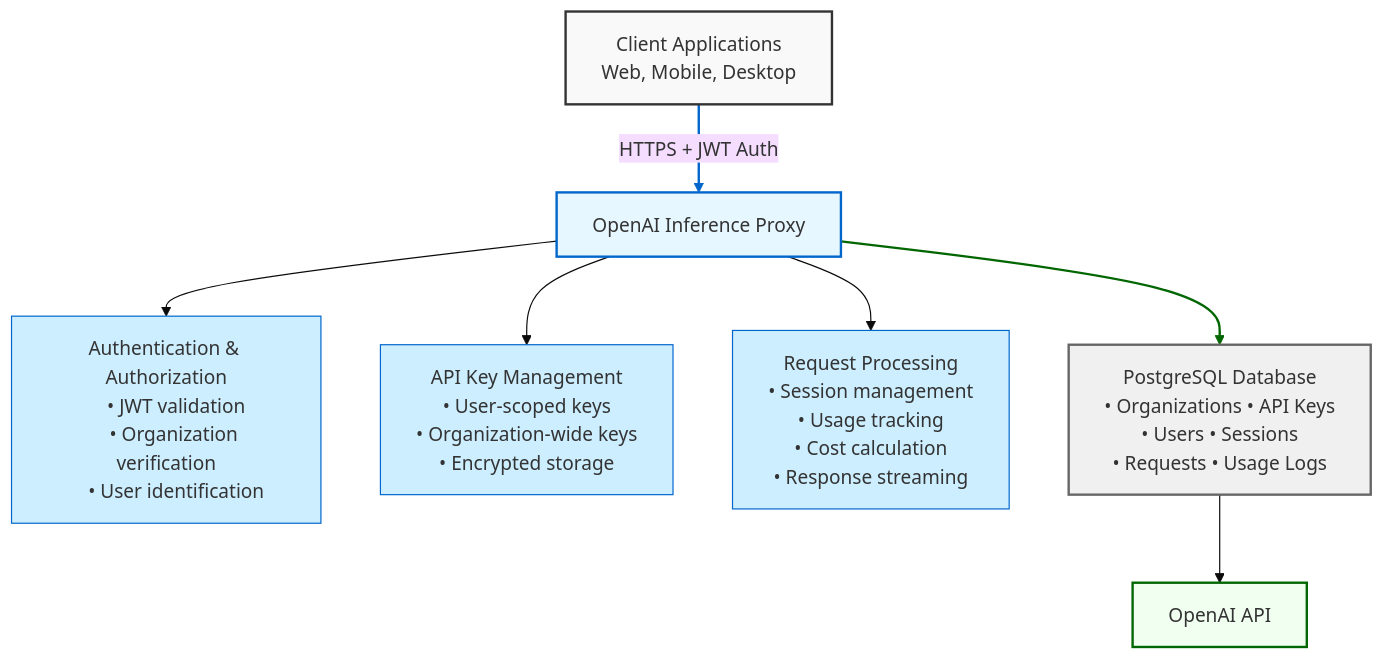
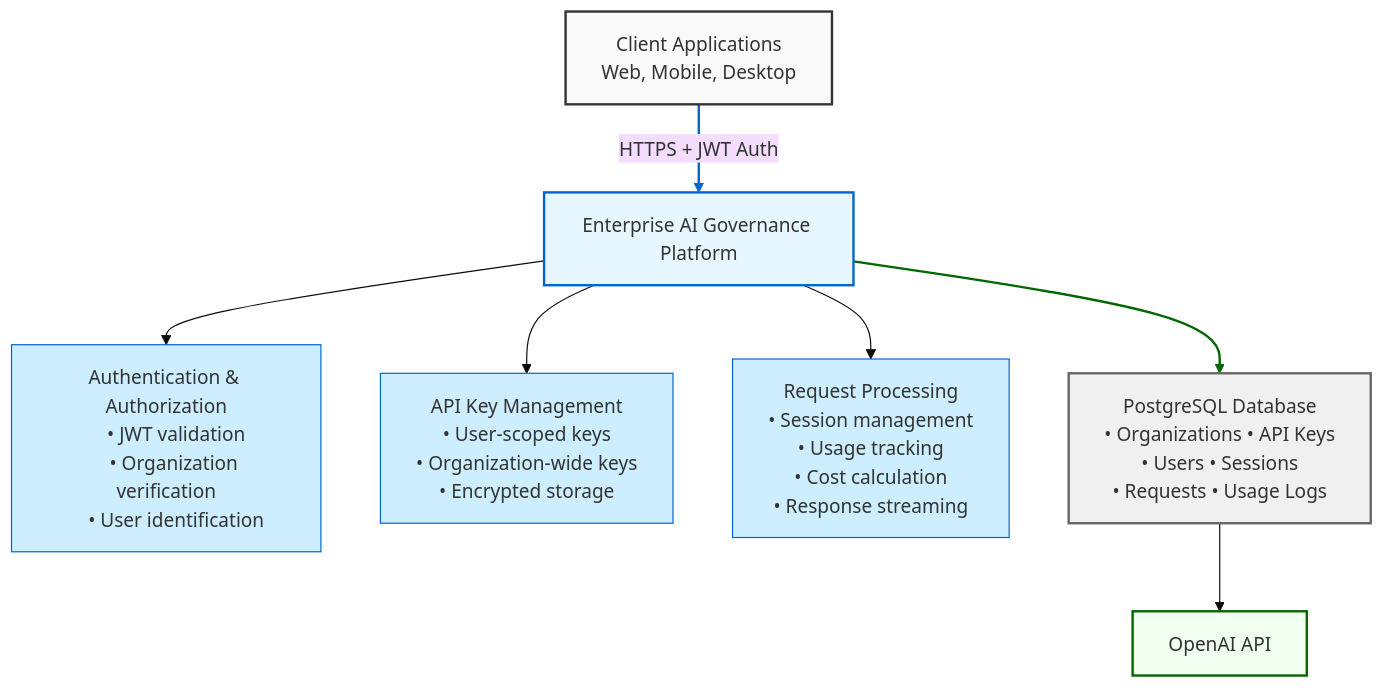
Before and after one commit to amotivv-inc/memory-box-inference: the first of 2 diagrams in README.md, drawn with Mermaid (base theme). The commit also changed other lines of this file and 2 other files, not shown here.

````diff
--- a/README.md
+++ b/README.md
@@ -26,47 +26,47 @@
 ```mermaid
 flowchart TD
     classDef clients fill:#f9f9f9,stroke:#333,stroke-width:2px
     classDef proxy fill:#e6f7ff,stroke:#0066cc,stroke-width:2px
     classDef proxyComponents fill:#cceeff,stroke:#0066cc,stroke-width:1px
     classDef database fill:#f0f0f0,stroke:#666666,stroke-width:2px
     classDef openai fill:#f0fff0,stroke:#006600,stroke-width:2px
     
     clients["Client Applications
     Web, Mobile, Desktop"]:::clients
     
-    proxy["OpenAI Inference Proxy"]:::proxy
+    proxy["Enterprise AI Governance Platform"]:::proxy
     
     auth["Authentication & Authorization
     • JWT validation
     • Organization verification
     • User identification"]:::proxyComponents
     
     keyMgmt["API Key Management
     • User-scoped keys
     • Organization-wide keys
     • Encrypted storage"]:::proxyComponents
     
     reqProc["Request Processing
     • Session management
     • Usage tracking
     • Cost calculation
     • Response streaming"]:::proxyComponents
     
     db["PostgreSQL Database
     • Organizations • API Keys
     • Users • Sessions
     • Requests • Usage Logs"]:::database
     
     oai["OpenAI API"]:::openai
     
     clients -- "HTTPS + JWT Auth" --> proxy
     proxy --> auth
     proxy --> keyMgmt
     proxy --> reqProc
     proxy --> db
     db --> oai
     
     %% Add relationship labels and styling
     linkStyle 0 stroke:#0066cc,stroke-width:2px
     linkStyle 4 stroke:#006600,stroke-width:2px
 ```
````
